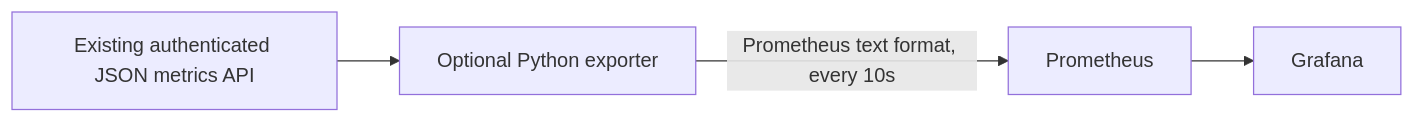
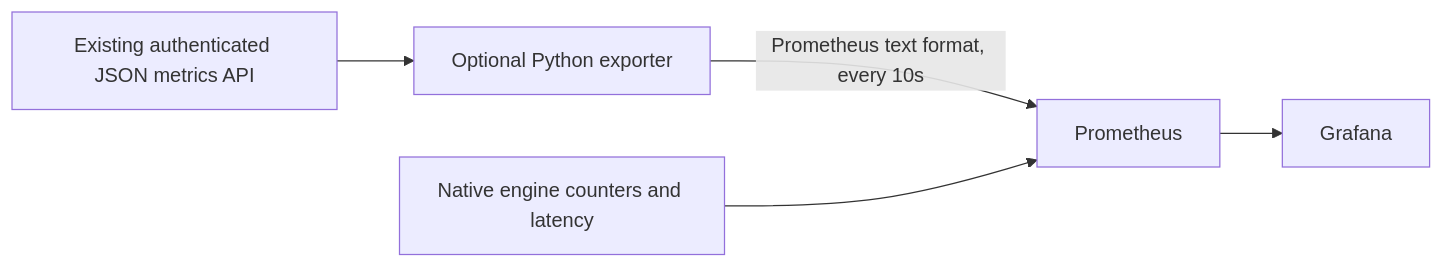
The diagram in docs/monitoring.md (Kaileshwar16/VeloSense), drawn with Mermaid before and after one commit. The commit also changed other lines of this file and 44 other files, not shown here.

````diff
--- a/docs/monitoring.md
+++ b/docs/monitoring.md
@@ -34,6 +33,7 @@
 ```mermaid
 flowchart LR
   API[Existing authenticated JSON metrics API] --> Exporter[Optional Python exporter]
   Exporter -->|Prometheus text format, every 10s| Prometheus
+  QueryFlux[Native engine counters and latency] --> Prometheus
   Prometheus --> Grafana
 ```
````
